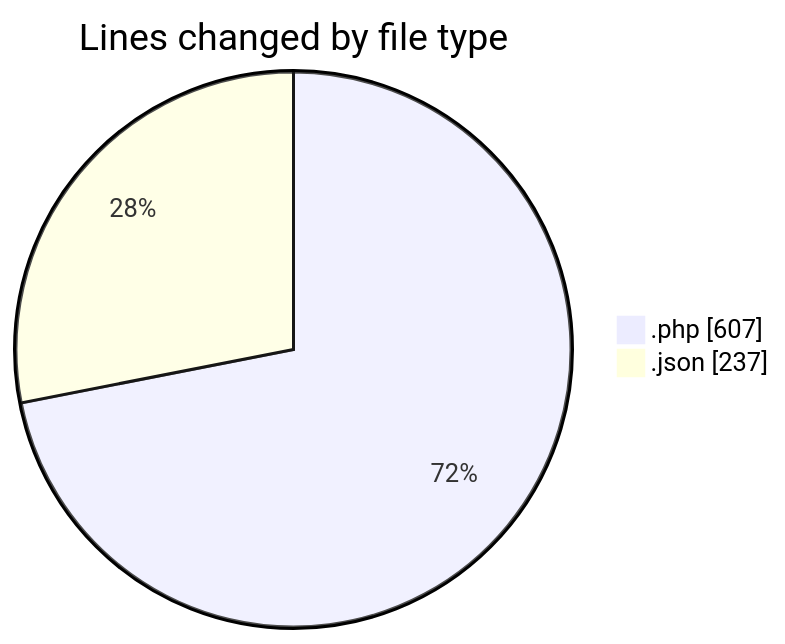
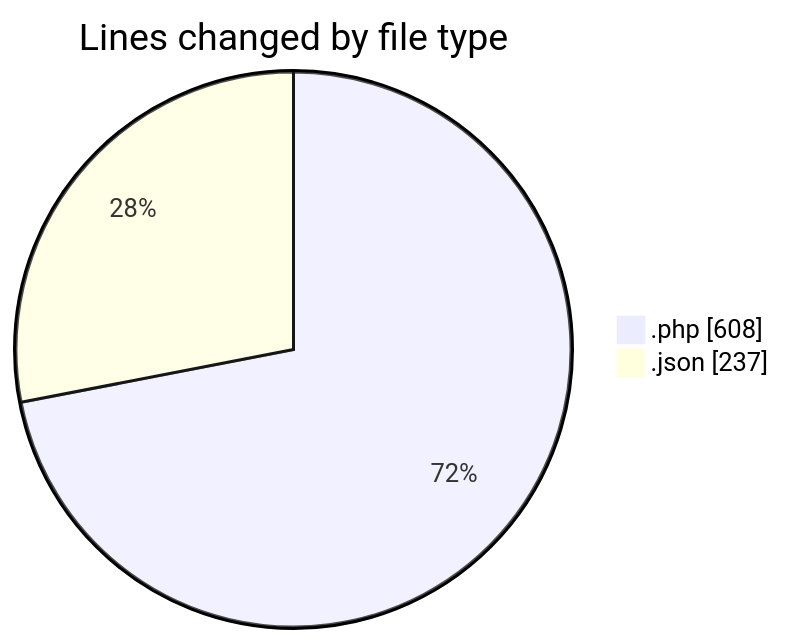
Before and after one commit to idhammustaqopulfikri/code-tracking: the first of 2 diagrams in 2025-06-16/studio-backend/README.md, drawn with Mermaid. The commit also changed other lines of this file and 1 other file, not shown here.

````diff
--- a/2025-06-16/studio-backend/README.md
+++ b/2025-06-16/studio-backend/README.md
@@ -23,6 +23,6 @@
 ```mermaid
 pie showData
 title Lines changed by file type
-".php" : 607
+".php" : 608
 ".json" : 237
 ```
````
